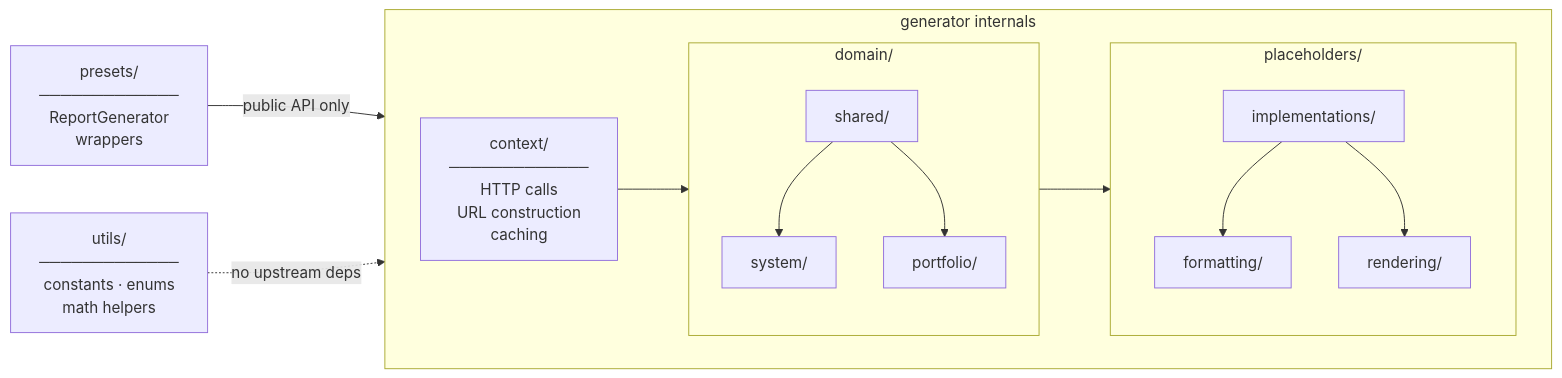
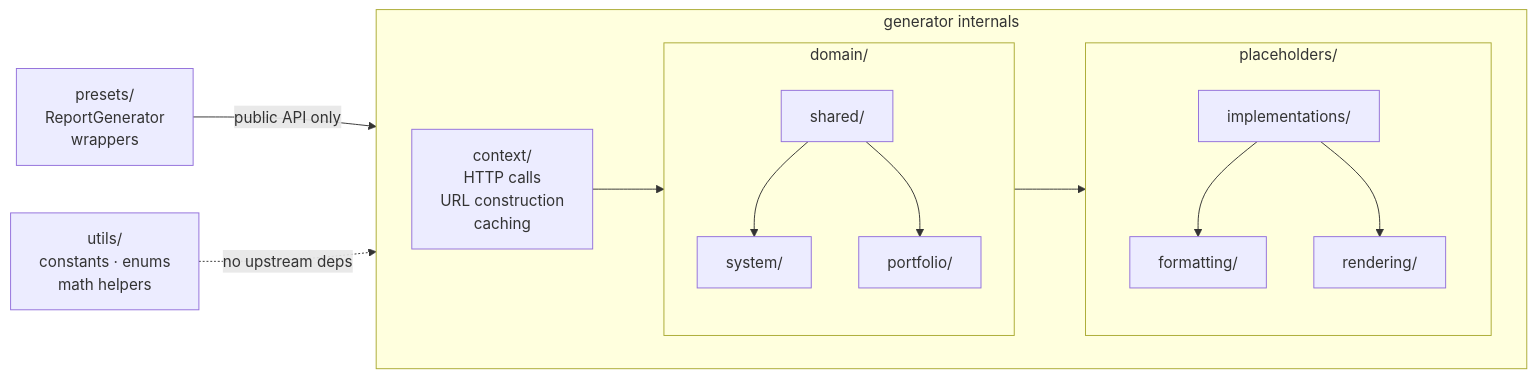
The diagram in docs/architecture.md (Software-Improvement-Group/sigrid-report-generator), drawn with Mermaid before and after one commit.

Commit message:
Mermaid diagram

````diff
--- a/docs/architecture.md
+++ b/docs/architecture.md
@@ -27,32 +27,35 @@
 ```mermaid
 flowchart LR
-    utils["utils/\n─────────────\nconstants · enums\nmath helpers"]
+    utils["utils/\nconstants · enums\nmath helpers"]
 
     subgraph generator["generator internals"]
         direction LR
-        context["context/\n─────────────\nHTTP calls\nURL construction\ncaching"]
+        context["context/\nHTTP calls\nURL construction\ncaching"]
 
         subgraph domain["domain/"]
             direction TB
-            shared["shared/"] --> system["system/"]
-            shared --> portfolio["portfolio/"]
+            shared["shared/"]
+            system["system/"]
+            portfolio["portfolio/"]
+            shared --> system
+            shared --> portfolio
         end
 
         subgraph ph["placeholders/"]
             direction TB
             impl["implementations/"]
             fmt["formatting/"]
             rend["rendering/"]
             impl --> fmt
             impl --> rend
         end
 
         context --> domain
         domain --> impl
     end
 
-    presets["presets/\n─────────────\nReportGenerator\nwrappers"]
+    presets["presets/\nReportGenerator\nwrappers"]
 
     presets -->|public API only| generator
-    utils -. no upstream deps .-> generator
+    utils -.->|no upstream deps| generator
 ```
````
